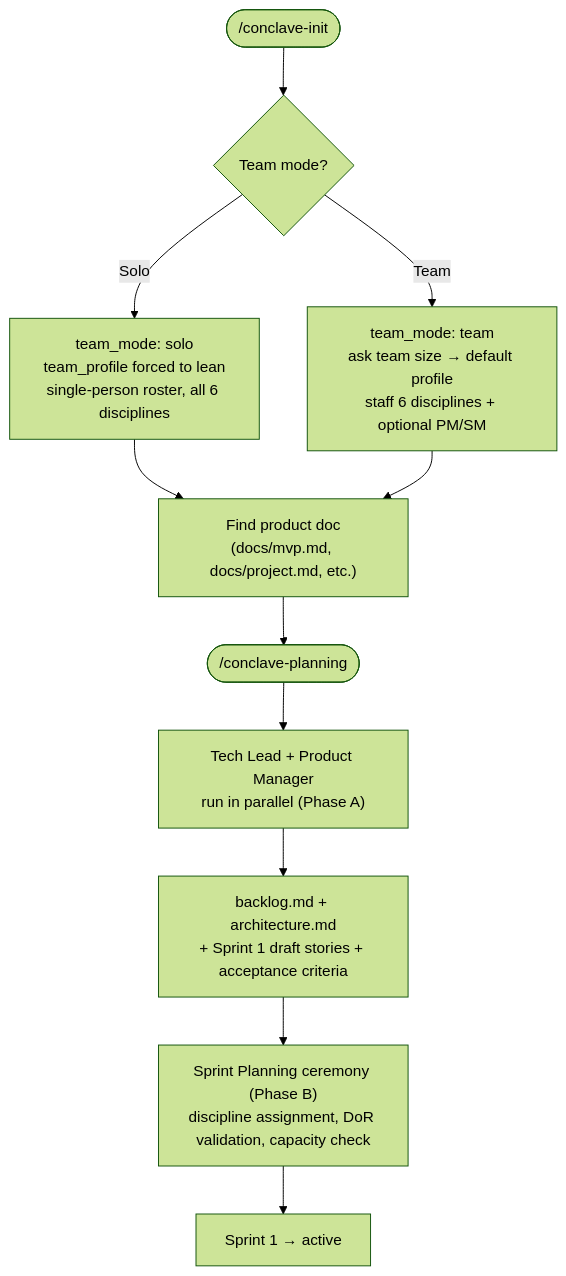
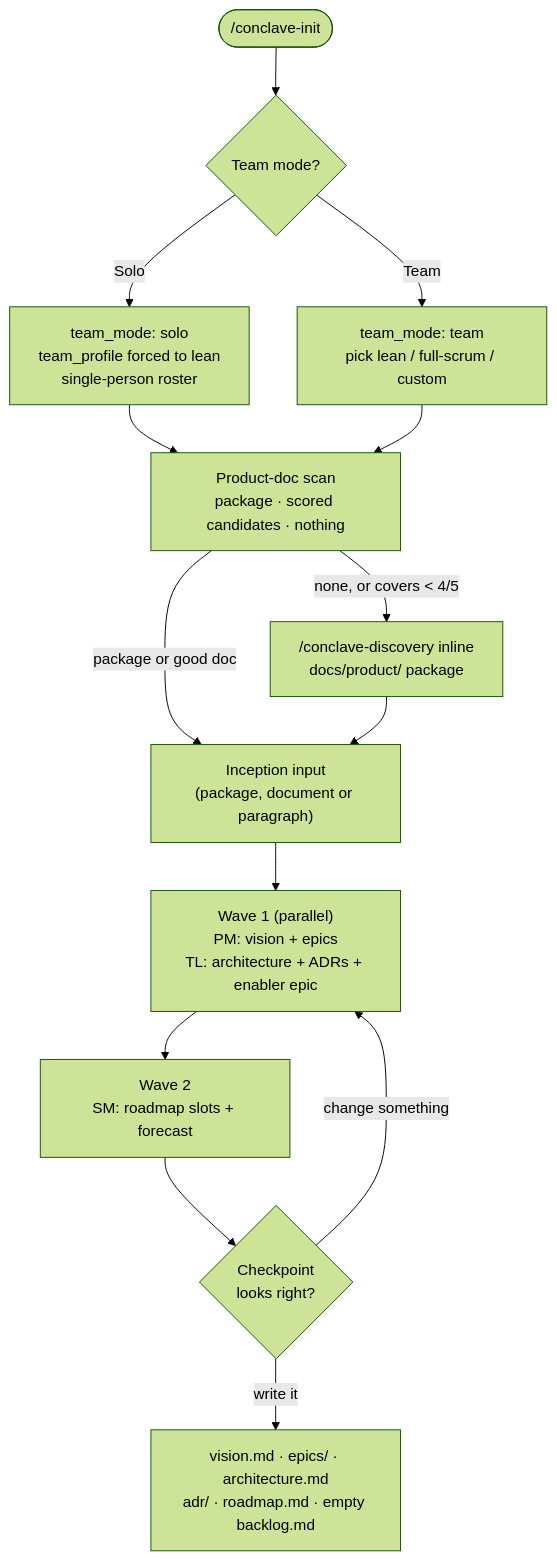
Before and after one commit to giolabs/conclave: the second of 5 diagrams in site/content/en/workflow.mdx, drawn with Mermaid (forest theme). The commit also changed other lines of this file and 56 other files, not shown here.

````diff
--- a/site/content/en/workflow.mdx
+++ b/site/content/en/workflow.mdx
@@ -12,16 +27,19 @@
 ```mermaid
 flowchart TD
     Start(["/conclave-init"]) --> Q{"Team mode?"}
 
-    Q -->|Solo| SoloBranch["team_mode: solo<br/>team_profile forced to lean<br/>single-person roster, all 6 disciplines"]
-    Q -->|Team| TeamBranch["team_mode: team<br/>ask team size → default profile<br/>staff 6 disciplines + optional PM/SM"]
+    Q -->|Solo| SoloBranch["team_mode: solo<br/>team_profile forced to lean<br/>single-person roster"]
+    Q -->|Team| TeamBranch["team_mode: team<br/>pick lean / full-scrum / custom"]
 
-    SoloBranch --> DocQ["Find product doc<br/>(docs/mvp.md, docs/project.md, etc.)"]
-    TeamBranch --> DocQ
+    SoloBranch --> Scan["Product-doc scan<br/>package · scored candidates · nothing"]
+    TeamBranch --> Scan
+    Scan -->|none, or covers < 4/5| Disc["/conclave-discovery inline<br/>docs/product/ package"]
+    Scan -->|package or good doc| Idea["Inception input<br/>(package, document or paragraph)"]
+    Disc --> Idea
 
-    DocQ --> Plan(["/conclave-planning"])
-    Plan --> Parallel["Tech Lead + Product Manager<br/>run in parallel (Phase A)"]
-    Parallel --> Artifacts["backlog.md + architecture.md<br/>+ Sprint 1 draft stories + acceptance criteria"]
-    Artifacts --> Ceremony["Sprint Planning ceremony (Phase B)<br/>discipline assignment, DoR validation, capacity check"]
-    Ceremony --> Active["Sprint 1 → active"]
+    Idea --> Wave1["Wave 1 (parallel)<br/>PM: vision + epics<br/>TL: architecture + ADRs + enabler epic"]
+    Wave1 --> Wave2["Wave 2<br/>SM: roadmap slots + forecast"]
+    Wave2 --> Check{"Checkpoint<br/>looks right?"}
+    Check -->|change something| Wave1
+    Check -->|write it| Artifacts["vision.md · epics/ · architecture.md<br/>adr/ · roadmap.md · empty backlog.md"]
 ```
````
